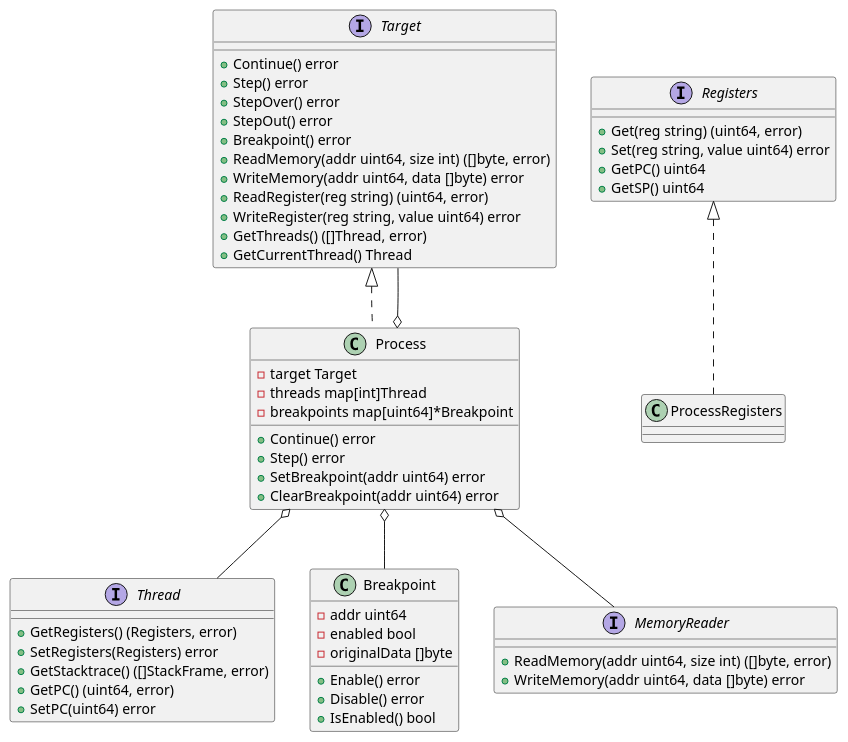
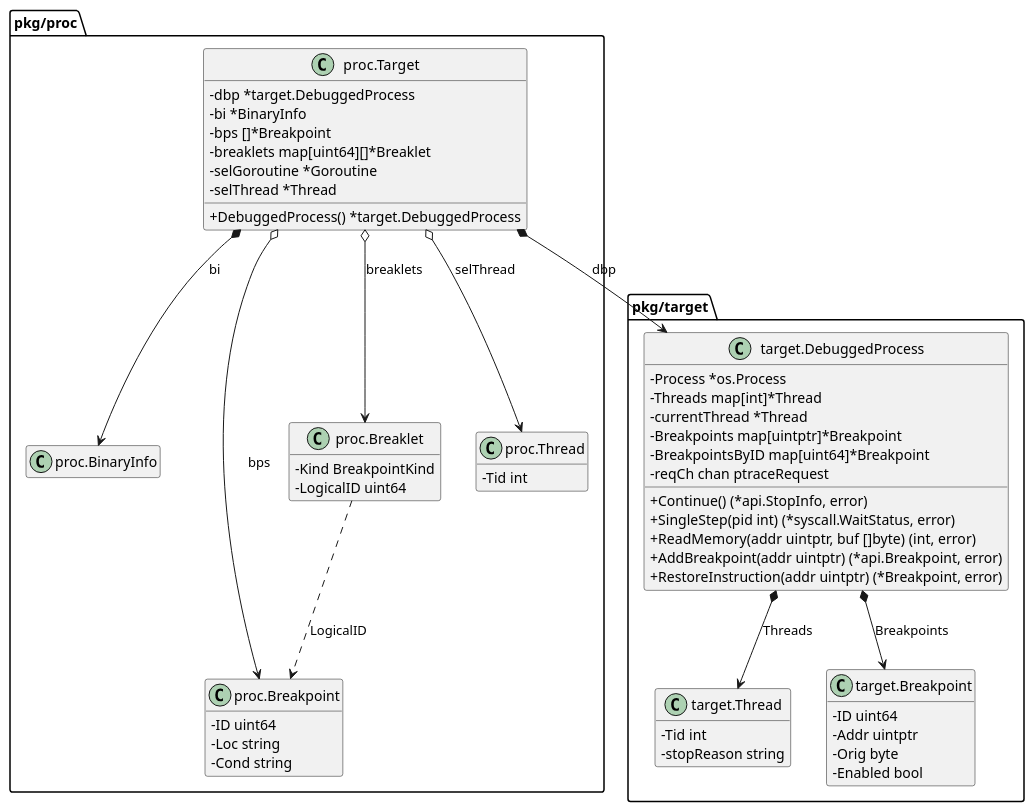
One commit to hitzhangjie/golang-debugger-book changed the diagram in book/9-develop-sym-debugger/1-架构设计/5-后端目标层设计.md. Above: the diagram before and after it, drawn with PlantUML. The commit also changed other lines of this file and 1 other file, not shown here.

````diff
--- a/book/9-develop-sym-debugger/1-架构设计/5-后端目标层设计.md
+++ b/book/9-develop-sym-debugger/1-架构设计/5-后端目标层设计.md
@@ -48,65 +133,66 @@
 ```plantuml
 @startuml
+skinparam classAttributeIconSize 0
+hide empty members
 
-interface Target {
-    + Continue() error
-    + Step() error
-    + StepOver() error
-    + StepOut() error
-    + Breakpoint() error
-    + ReadMemory(addr uint64, size int) ([]byte, error)
-    + WriteMemory(addr uint64, data []byte) error
-    + ReadRegister(reg string) (uint64, error)
-    + WriteRegister(reg string, value uint64) error
-    + GetThreads() ([]Thread, error)
-    + GetCurrentThread() Thread
+package "pkg/proc" {
+  class "proc.Target" as ProcTarget {
+    - dbp *target.DebuggedProcess
+    - bi *BinaryInfo
+    - bps []*Breakpoint
+    - breaklets map[uint64][]*Breaklet
+    - selGoroutine *Goroutine
+    - selThread *Thread
+    + DebuggedProcess() *target.DebuggedProcess
+  }
+  class "proc.BinaryInfo" as BinaryInfo
+  class "proc.Breakpoint" as LogicalBp {
+    - ID uint64
+    - Loc string
+    - Cond string
+  }
+  class "proc.Breaklet" as Breaklet {
+    - Kind BreakpointKind
+    - LogicalID uint64
+  }
+  class "proc.Thread" as ProcThread {
+    - Tid int
+  }
 }
 
-interface Thread {
-    + GetRegisters() (Registers, error)
-    + SetRegisters(Registers) error
-    + GetStacktrace() ([]StackFrame, error)
-    + GetPC() (uint64, error)
-    + SetPC(uint64) error
+package "pkg/target" {
+  class "target.DebuggedProcess" as Dbp {
+    - Process *os.Process
+    - Threads map[int]*Thread
+    - currentThread *Thread
+    - Breakpoints map[uintptr]*Breakpoint
+    - BreakpointsByID map[uint64]*Breakpoint
+    - reqCh chan ptraceRequest
+    + Continue() (*api.StopInfo, error)
+    + SingleStep(pid int) (*syscall.WaitStatus, error)
+    + ReadMemory(addr uintptr, buf []byte) (int, error)
+    + AddBreakpoint(addr uintptr) (*api.Breakpoint, error)
+    + RestoreInstruction(addr uintptr) (*Breakpoint, error)
+  }
+  class "target.Thread" as TargetThread {
+    - Tid int
+    - stopReason string
+  }
+  class "target.Breakpoint" as PhysBp {
+    - ID uint64
+    - Addr uintptr
+    - Orig byte
+    - Enabled bool
+  }
 }
 
-interface Registers {
-    + Get(reg string) (uint64, error)
-    + Set(reg string, value uint64) error
-    + GetPC() uint64
-    + GetSP() uint64
-}
-
-class Process {
-    - target Target
-    - threads map[int]Thread
-    - breakpoints map[uint64]*Breakpoint
-    + Continue() error
-    + Step() error
-    + SetBreakpoint(addr uint64) error
-    + ClearBreakpoint(addr uint64) error
-}
-
-class Breakpoint {
-    - addr uint64
-    - enabled bool
-    - originalData []byte
-    + Enable() error
-    + Disable() error
-    + IsEnabled() bool
-}
-
-interface MemoryReader {
-    + ReadMemory(addr uint64, size int) ([]byte, error)
-    + WriteMemory(addr uint64, data []byte) error
-}
-
-Target <|.. Process
-Registers <|.. ProcessRegisters
-Process o-- Target
-Process o-- Thread
-Process o-- Breakpoint
-Process o-- MemoryReader
-
+ProcTarget *--> Dbp : dbp
+ProcTarget *--> BinaryInfo : bi
+ProcTarget o--> LogicalBp : bps
+ProcTarget o--> Breaklet : breaklets
+ProcTarget o--> ProcThread : selThread
+Dbp *--> TargetThread : Threads
+Dbp *--> PhysBp : Breakpoints
+Breaklet ..> LogicalBp : LogicalID
 @enduml
 ```
````
